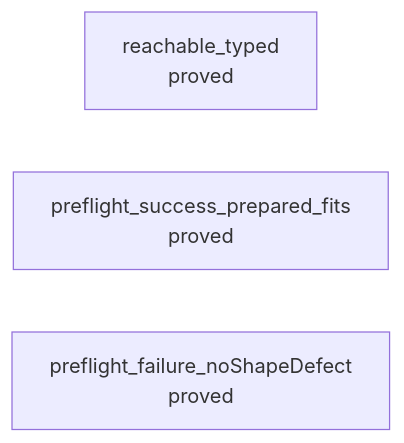
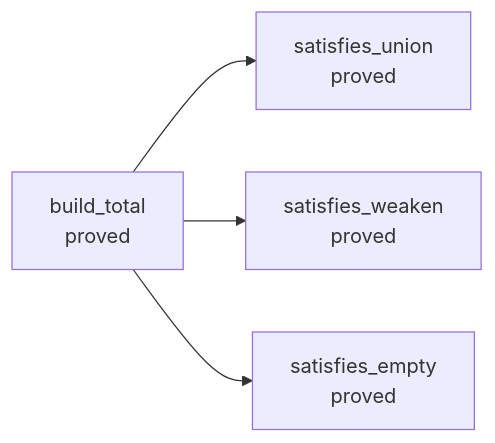
The fifth of 13 diagrams in generated/semantics.md (pure-algebra/lean4-effect4), drawn with Mermaid before and after one commit. The commit also changed other lines of this file and 29 other files, not shown here.

````diff
--- a/generated/semantics.md
+++ b/generated/semantics.md
@@ -1578,6 +1612,10 @@
 ```mermaid
 flowchart LR
-  n0["reachable_typed<br/>proved"]
-  n1["preflight_success_prepared_fits<br/>proved"]
-  n2["preflight_failure_noShapeDefect<br/>proved"]
+  n0["build_total<br/>proved"]
+  n1["satisfies_union<br/>proved"]
+  n2["satisfies_weaken<br/>proved"]
+  n3["satisfies_empty<br/>proved"]
+  n0 --> n1
+  n0 --> n2
+  n0 --> n3
 ```
````
